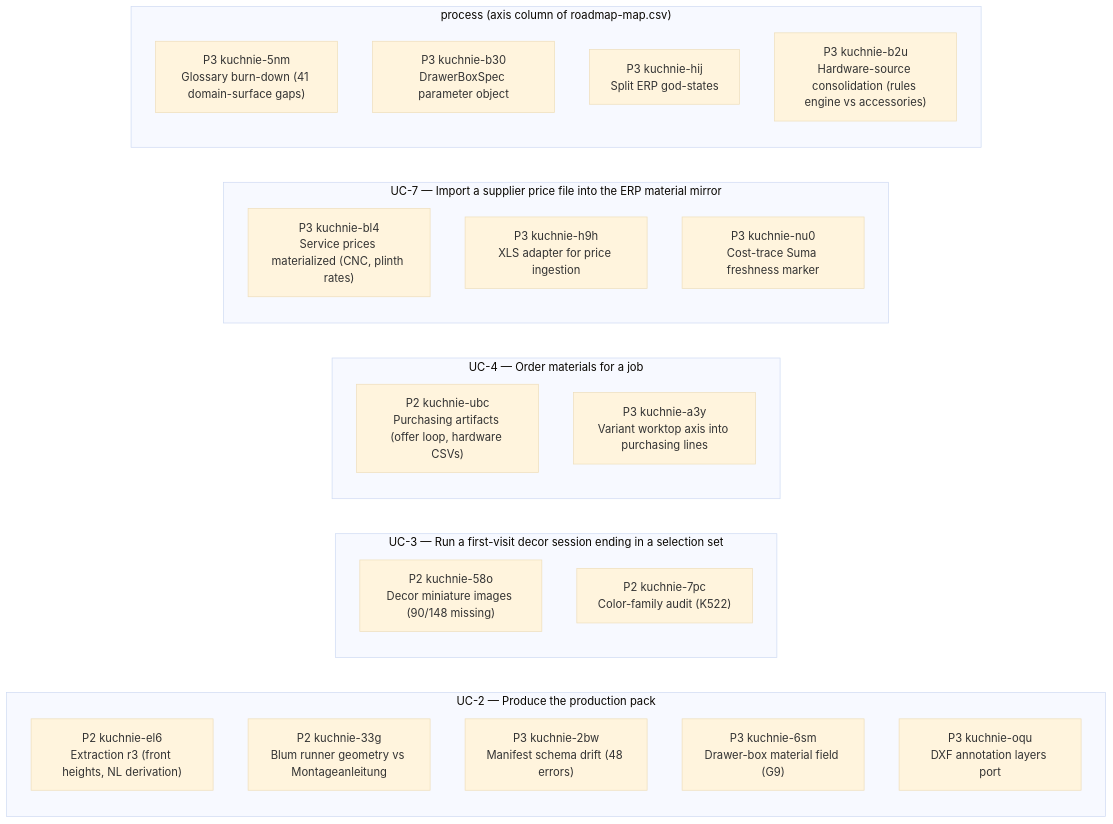
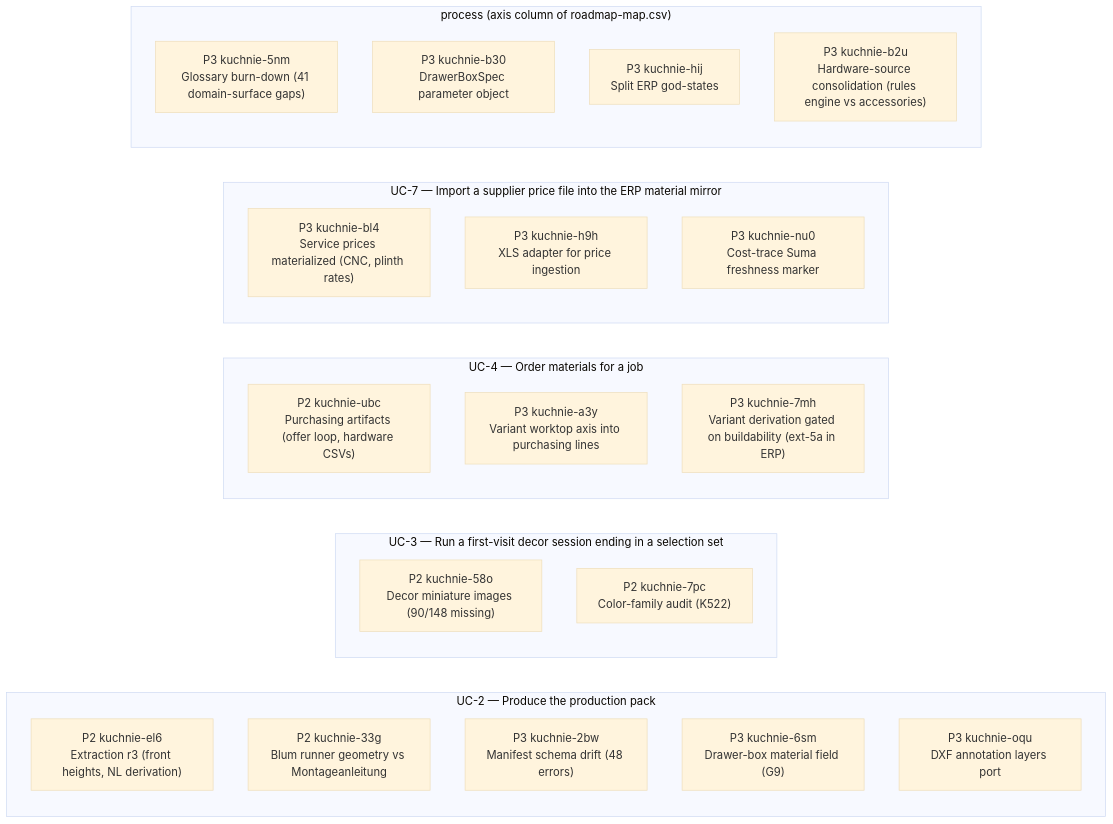
One commit to m1981/kuchnie changed the second of 2 diagrams in STATUS.md. Above: the diagram before and after it, drawn with Mermaid (base theme). The commit also changed other lines of this file and 1 other file, not shown here.

````diff
--- a/STATUS.md
+++ b/STATUS.md
@@ -146,29 +147,30 @@
 ```mermaid
 flowchart LR
     subgraph gUC_2 ["UC-2 — Produce the production pack"]
         u_kuchnie_el6["P2 kuchnie-el6<br/>Extraction r3 (front heights, NL derivation)"]
         u_kuchnie_33g["P2 kuchnie-33g<br/>Blum runner geometry vs Montageanleitung"]
         u_kuchnie_2bw["P3 kuchnie-2bw<br/>Manifest schema drift (48 errors)"]
         u_kuchnie_6sm["P3 kuchnie-6sm<br/>Drawer-box material field (G9)"]
         u_kuchnie_oqu["P3 kuchnie-oqu<br/>DXF annotation layers port"]
     end
     subgraph gUC_3 ["UC-3 — Run a first-visit decor session ending in a selection set"]
         u_kuchnie_58o["P2 kuchnie-58o<br/>Decor miniature images (90/148 missing)"]
         u_kuchnie_7pc["P2 kuchnie-7pc<br/>Color-family audit (K522)"]
     end
     subgraph gUC_4 ["UC-4 — Order materials for a job"]
         u_kuchnie_ubc["P2 kuchnie-ubc<br/>Purchasing artifacts (offer loop, hardware CSVs)"]
         u_kuchnie_a3y["P3 kuchnie-a3y<br/>Variant worktop axis into purchasing lines"]
+        u_kuchnie_7mh["P3 kuchnie-7mh<br/>Variant derivation gated on buildability (ext-5a in ERP)"]
     end
     subgraph gUC_7 ["UC-7 — Import a supplier price file into the ERP material mirror"]
         u_kuchnie_bl4["P3 kuchnie-bl4<br/>Service prices materialized (CNC, plinth rates)"]
         u_kuchnie_h9h["P3 kuchnie-h9h<br/>XLS adapter for price ingestion"]
         u_kuchnie_nu0["P3 kuchnie-nu0<br/>Cost-trace Suma freshness marker"]
     end
     subgraph g_none ["process (axis column of roadmap-map.csv)"]
         u_kuchnie_5nm["P3 kuchnie-5nm<br/>Glossary burn-down (41 domain-surface gaps)"]
         u_kuchnie_b30["P3 kuchnie-b30<br/>DrawerBoxSpec parameter object"]
         u_kuchnie_hij["P3 kuchnie-hij<br/>Split ERP god-states"]
         u_kuchnie_b2u["P3 kuchnie-b2u<br/>Hardware-source consolidation (rules engine vs accessories)"]
     end
 ```
````
